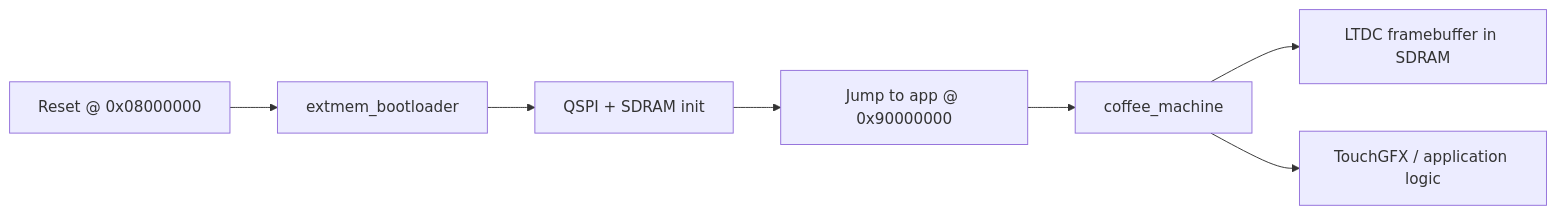
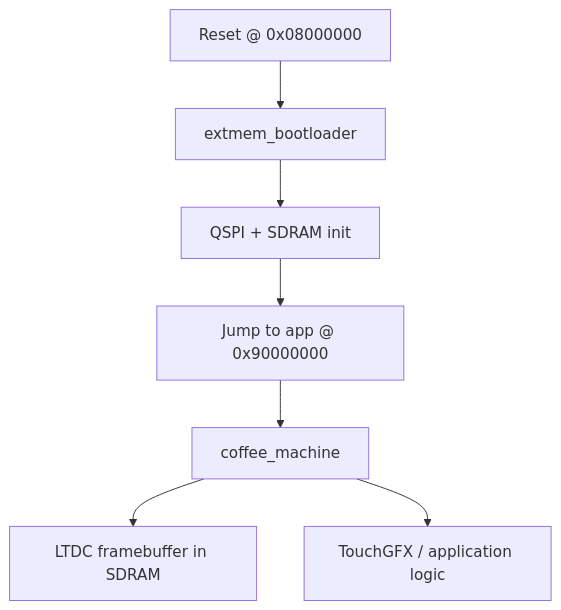
The diagram in README.md (embmike/coffe_machine), drawn with Mermaid before and after one commit.

Commit message:
Update README.md
architectural diagram in vertical representation

````diff
--- a/README.md
+++ b/README.md
@@ -24,9 +24,10 @@
 ```mermaid
-flowchart LR
-    A["Reset @ 0x08000000"] --> B["extmem_bootloader"]
+flowchart TD
+    A["Reset @ 0x08000000"]
+    A --> B["extmem_bootloader"]
     B --> C["QSPI + SDRAM init"]
     C --> D["Jump to app @ 0x90000000"]
     D --> E["coffee_machine"]
     E --> F["LTDC framebuffer in SDRAM"]
     E --> G["TouchGFX / application logic"]
 ```
````
